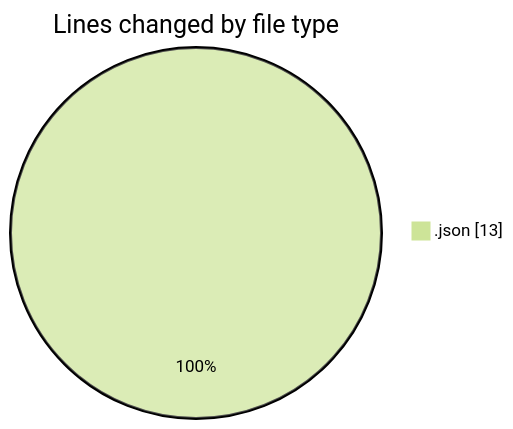
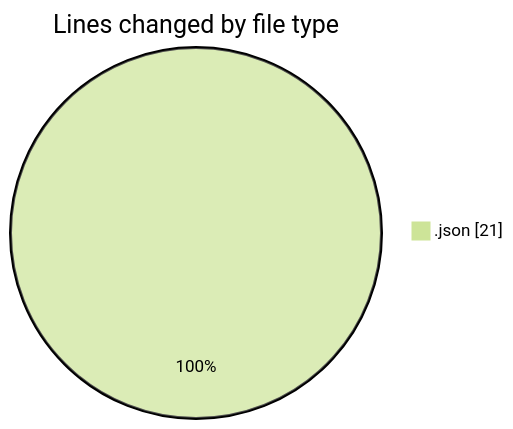
Before and after one commit to becaeroporto-bot/code-tracking: the first of 2 diagrams in 2026-02-21/bot_i_a/README.md, drawn with Mermaid (forest theme). The commit also changed other lines of this file and 1 other file, not shown here.

````diff
--- a/2026-02-21/bot_i_a/README.md
+++ b/2026-02-21/bot_i_a/README.md
@@ -20,5 +20,5 @@
 ```mermaid
 pie showData
 title Lines changed by file type
-".json" : 13
+".json" : 21
 ```
````
